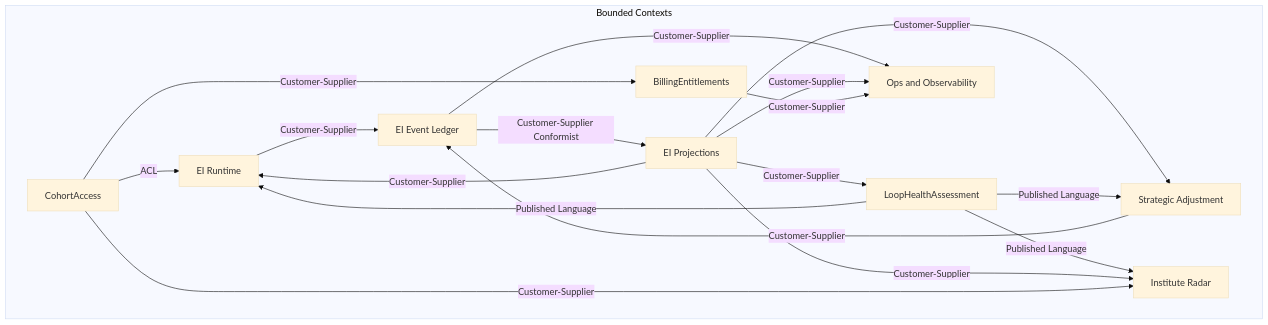
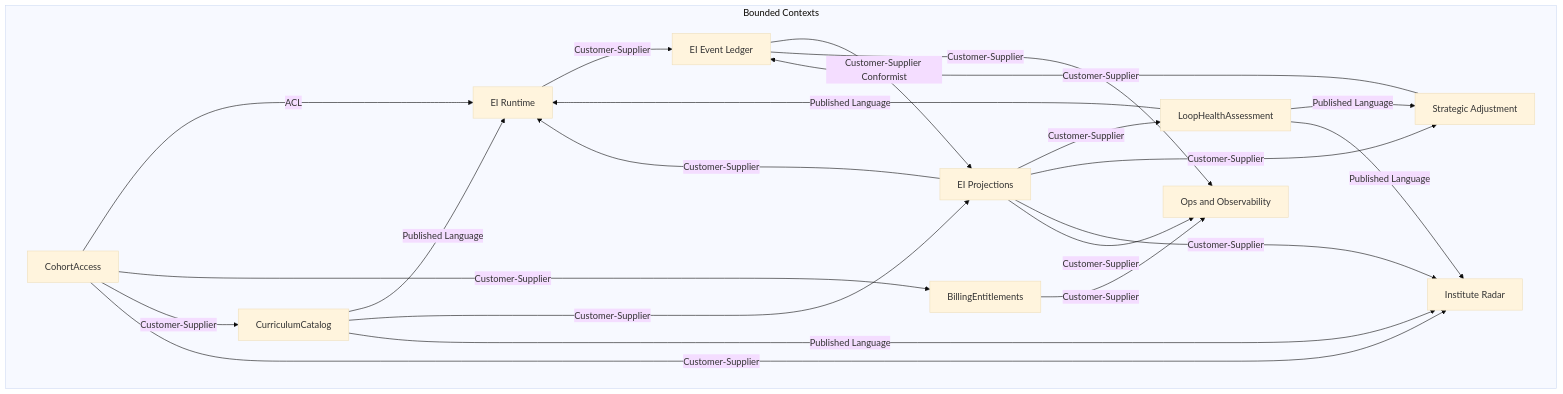
One commit to Mukul1312/ELI changed the diagram in docs/engineering-ddd-design/03-context-map.md. Above: the diagram before and after it, drawn with Mermaid (base theme). The commit also changed other lines of this file and 47 other files, not shown here.

````diff
--- a/docs/engineering-ddd-design/03-context-map.md
+++ b/docs/engineering-ddd-design/03-context-map.md
@@ -35,31 +36,36 @@
 ```mermaid
 flowchart TB
     subgraph contexts [Bounded Contexts]
         CohortAccess[CohortAccess]
         Ledger[EI Event Ledger]
         Projections[EI Projections]
         LoopHealth[LoopHealthAssessment]
         Runtime[EI Runtime]
         SA[Strategic Adjustment]
         Radar[Institute Radar]
         Ops[Ops and Observability]
         Billing[BillingEntitlements]
+        CC[CurriculumCatalog]
     end
 
     CohortAccess -->|ACL| Runtime
     CohortAccess -->|Customer-Supplier| Billing
+    CohortAccess -->|Customer-Supplier| CC
     Runtime -->|Customer-Supplier| Ledger
     Ledger -->|Customer-Supplier Conformist| Projections
     Projections -->|Customer-Supplier| LoopHealth
     LoopHealth -->|Published Language| Runtime
     Projections -->|Customer-Supplier| Runtime
     SA -->|Customer-Supplier| Ledger
     Projections -->|Customer-Supplier| SA
     LoopHealth -->|Published Language| SA
     LoopHealth -->|Published Language| Radar
     Projections -->|Customer-Supplier| Radar
     CohortAccess -->|Customer-Supplier| Radar
     Ledger -->|Customer-Supplier| Ops
     Projections -->|Customer-Supplier| Ops
     Billing -->|Customer-Supplier| Ops
+    CC -->|Published Language| Runtime
+    CC -->|Customer-Supplier| Projections
+    CC -->|Published Language| Radar
 ```
````
